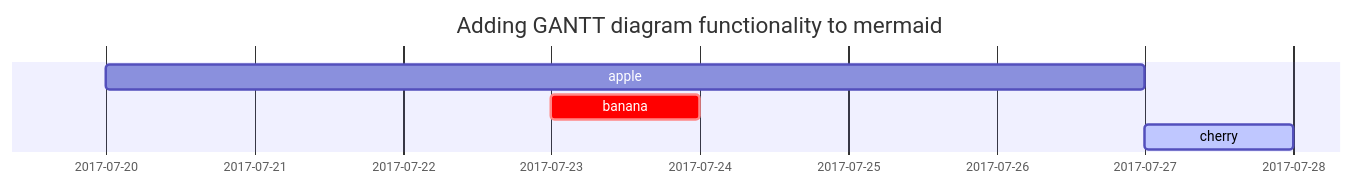
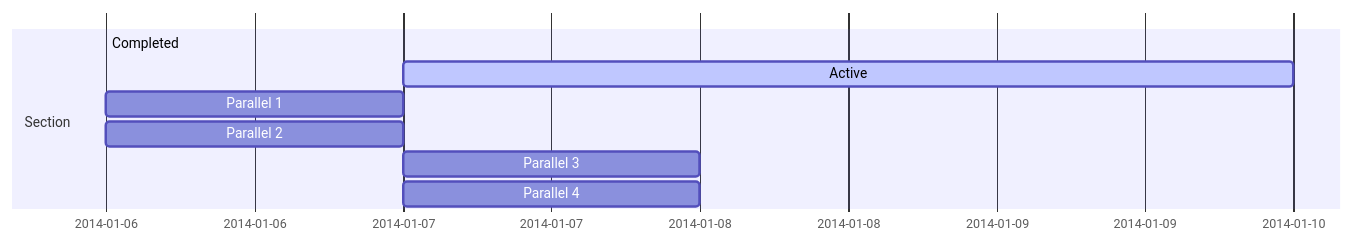
Before and after one commit to cloudutsukpilot/sakharams.github.io: the third of 4 diagrams in _posts/templates/2021-01-01-post-template.md, drawn with Mermaid. The commit also changed other lines of this file and 6 other files, not shown here.

````diff
--- a/_posts/templates/2021-01-01-post-template.md
+++ b/_posts/templates/2021-01-01-post-template.md
@@ -162,7 +220,10 @@
 ```mermaid
- gantt
-  title  Adding GANTT diagram functionality to mermaid
-  apple :a, 2017-07-20, 1w
-  banana :crit, b, 2017-07-23, 1d
-  cherry :active, c, after b a, 1d
+gantt
+    section Section
+    Completed :done,    des1, 2014-01-06,2014-01-08
+    Active        :active,  des2, 2014-01-07, 3d
+    Parallel 1   :         des3, after des1, 1d
+    Parallel 2   :         des4, after des1, 1d
+    Parallel 3   :         des5, after des3, 1d
+    Parallel 4   :         des6, after des4, 1d
 ```
````
